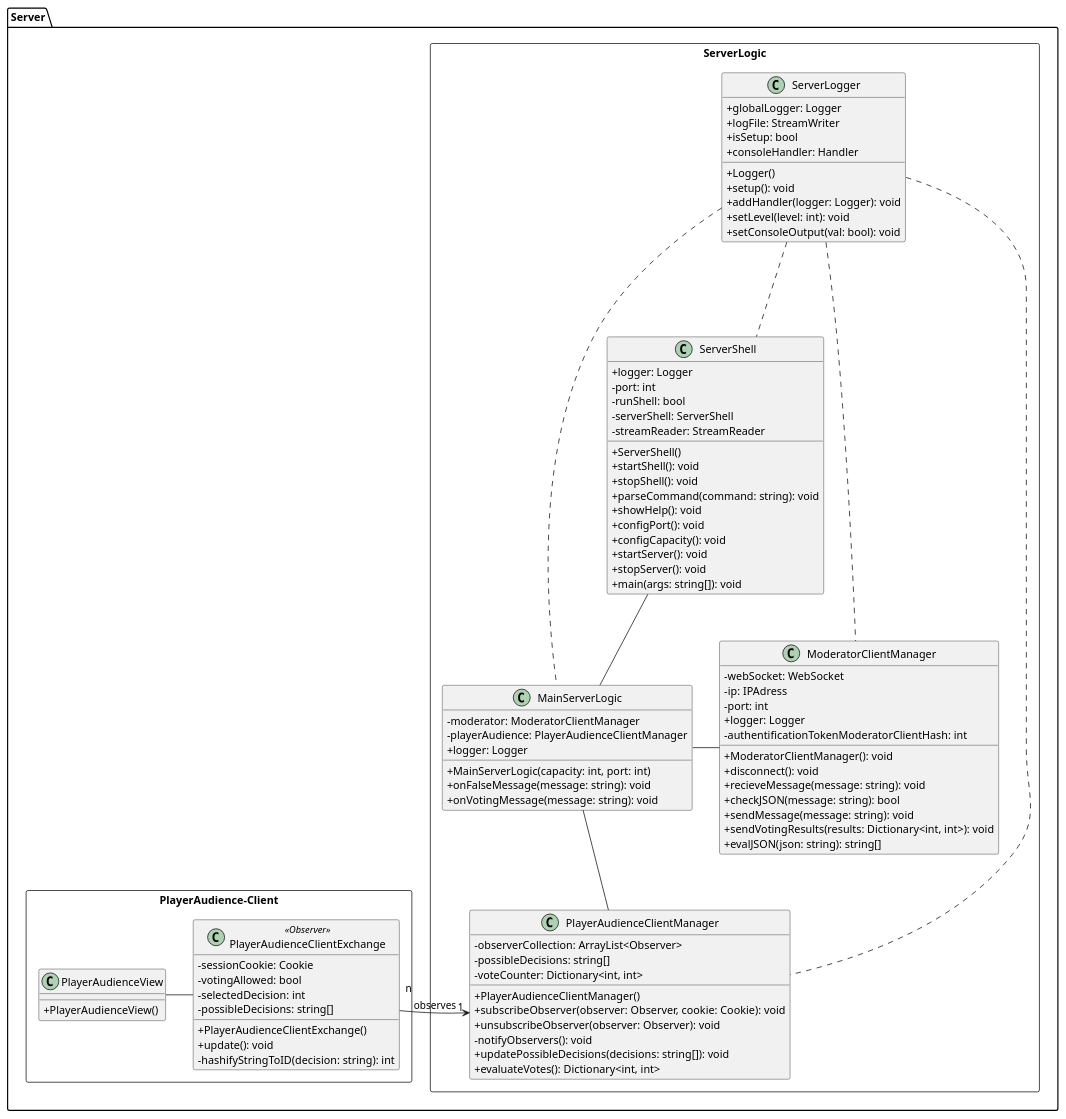
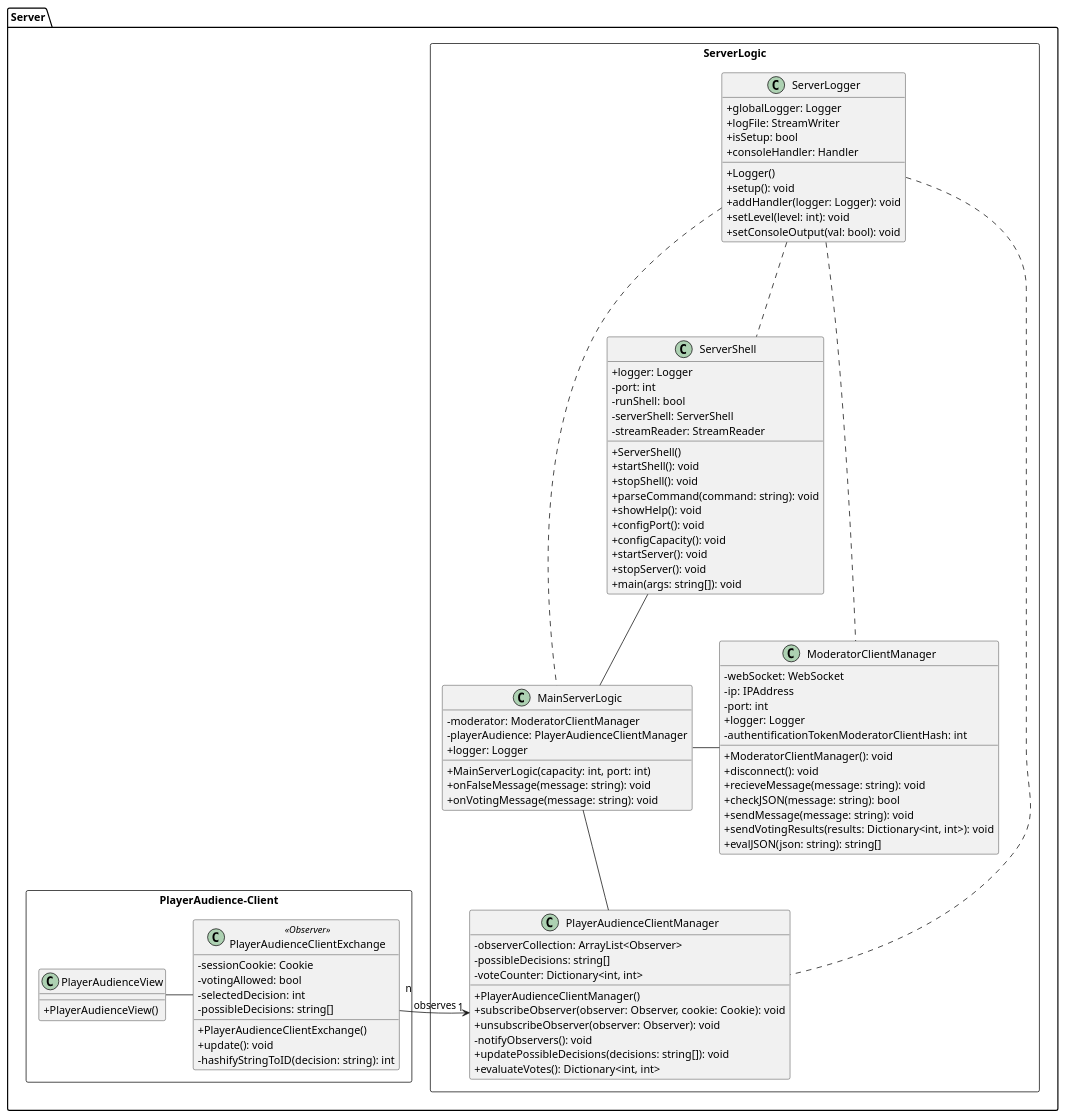
The diagram in Docs/Technical Specifications/docs/diagrams/ClassDiagrams/ServerClassDiagram.puml (Brotenko/QualityQuest), drawn with PlantUML before and after one commit. The commit also changed 3 other files, not shown here.

```diff
--- a/Docs/Technical Specifications/docs/diagrams/ClassDiagrams/ServerClassDiagram.puml
+++ b/Docs/Technical Specifications/docs/diagrams/ClassDiagrams/ServerClassDiagram.puml
@@ -1,103 +1,103 @@
 @startuml
 
 skinparam classAttributeIconSize 0
 
 package "Server" {
    
 
   package "ServerLogic" <<Rectangle>>{
     class "ServerShell" as ss {
       {field} +logger: Logger
       {field} -port: int
       {field} -runShell: bool
       {field} -serverShell: ServerShell
       {field} -streamReader: StreamReader
       {method} +ServerShell()
       {method} +startShell(): void
       {method} +stopShell(): void
       {method} +parseCommand(command: string): void
       {method} +showHelp(): void
       {method} +configPort(): void
       {method} +configCapacity(): void
       {method} +startServer(): void
       {method} +stopServer(): void
       {method} +main(args: string[]): void
     }
 
     class "ModeratorClientManager" as cm {
       {field} -webSocket: WebSocket
-      {field} -ip: IPAdress
+      {field} -ip: IPAddress
       {field} -port: int
       {field} +logger: Logger
       {field} -authentificationTokenModeratorClientHash: int
       {method} +ModeratorClientManager(): void
       {method} +disconnect(): void
       {method} +recieveMessage(message: string): void
       {method} +checkJSON(message: string): bool
       {method} +sendMessage(message: string): void
       {method} +sendVotingResults(results: Dictionary<int, int>): void
       {method} +evalJSON(json: string): string[]
 
     }    
 
     class "MainServerLogic" as msl {
       {field} -moderator: ModeratorClientManager
       {field} -playerAudience: PlayerAudienceClientManager
       {field} +logger: Logger
       {method} +MainServerLogic(capacity: int, port: int)
       {method} +onFalseMessage(message: string): void
       {method} +onVotingMessage(message: string): void
 
     }
 
     class "PlayerAudienceClientManager" as api {
         {field} -observerCollection: ArrayList<Observer>
         {field} -possibleDecisions: string[]
         {field} -voteCounter: Dictionary<int, int>
         {method} +PlayerAudienceClientManager()
         {method} +subscribeObserver(observer: Observer, cookie: Cookie): void
         {method} +unsubscribeObserver(observer: Observer): void
         {method} -notifyObservers(): void
         {method} +updatePossibleDecisions(decisions: string[]): void
         {method} +evaluateVotes(): Dictionary<int, int>
   }
 
     class "ServerLogger" as sl {
       {field} +globalLogger: Logger
       {field} +logFile: StreamWriter
       {field} +isSetup: bool
       {field} +consoleHandler: Handler
       {method} +Logger()
       {method} +setup(): void
       {method} +addHandler(logger: Logger): void
       {method} +setLevel(level: int): void
       {method} +setConsoleOutput(val: bool): void
     }
   }
   package "PlayerAudience-Client" <<Rectangle>>{  
     class "PlayerAudienceClientExchange" as pace <<Observer>>{
       {field} -sessionCookie: Cookie
       {field} -votingAllowed: bool
       {field} -selectedDecision: int
       {field} -possibleDecisions: string[]
       {method} +PlayerAudienceClientExchange()
       {method} +update(): void
       {method} -hashifyStringToID(decision: string): int
     }
 
     class "PlayerAudienceView" as pav {
       {method} +PlayerAudienceView()
     }
   }
   ss -- msl
   msl - cm
   msl -down- api
   sl ... cm
   sl ... msl
   sl ... api
   sl ... ss
   pace -left- pav
   api "1" <-right- "n" pace : observes
 }
 
 @enduml
```
